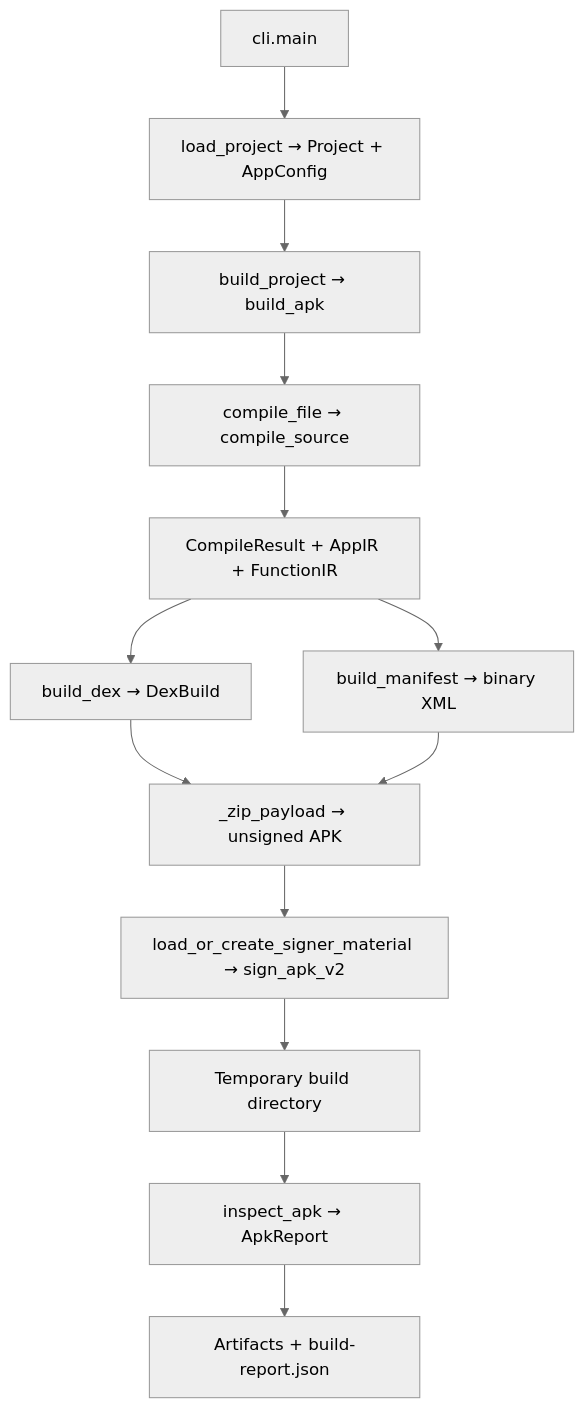
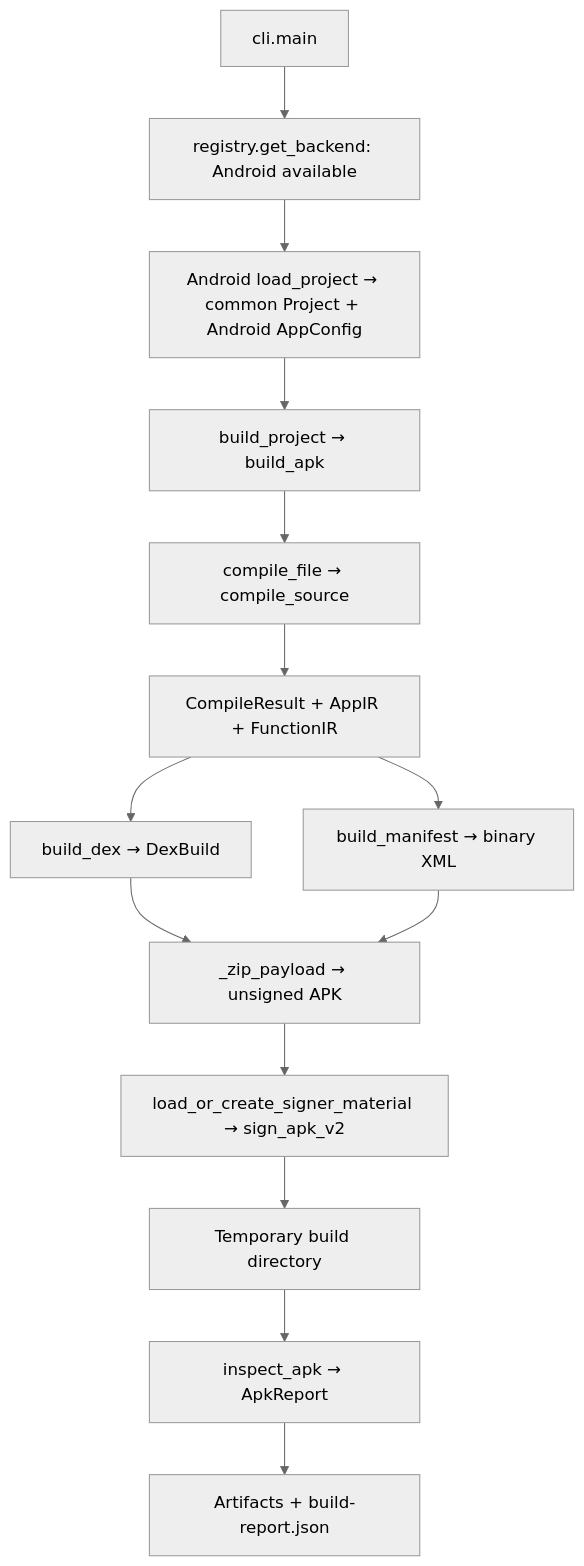
One commit to babar-xagi/Anpyra changed the diagram in docs/developer_guide/architecture.md. Above: the diagram before and after it, drawn with Mermaid (neutral theme). The commit also changed other lines of this file and 73 other files, not shown here.

````diff
--- a/docs/developer_guide/architecture.md
+++ b/docs/developer_guide/architecture.md
@@ -7,15 +9,16 @@
 ```mermaid
 flowchart TD
-    CLI[cli.main] --> Config[load_project → Project + AppConfig]
+    CLI[cli.main] --> Target[registry.get_backend: Android available]
+    Target --> Config[Android load_project → common Project + Android AppConfig]
     Config --> Build[build_project → build_apk]
     Build --> Frontend[compile_file → compile_source]
     Frontend --> IR[CompileResult + AppIR + FunctionIR]
     IR --> DEX[build_dex → DexBuild]
     IR --> XML[build_manifest → binary XML]
     DEX --> ZIP[_zip_payload → unsigned APK]
     XML --> ZIP
     ZIP --> Sign[load_or_create_signer_material → sign_apk_v2]
     Sign --> Staging[Temporary build directory]
     Staging --> Verify[inspect_apk → ApkReport]
     Verify --> Output[Artifacts + build-report.json]
 ```
````
